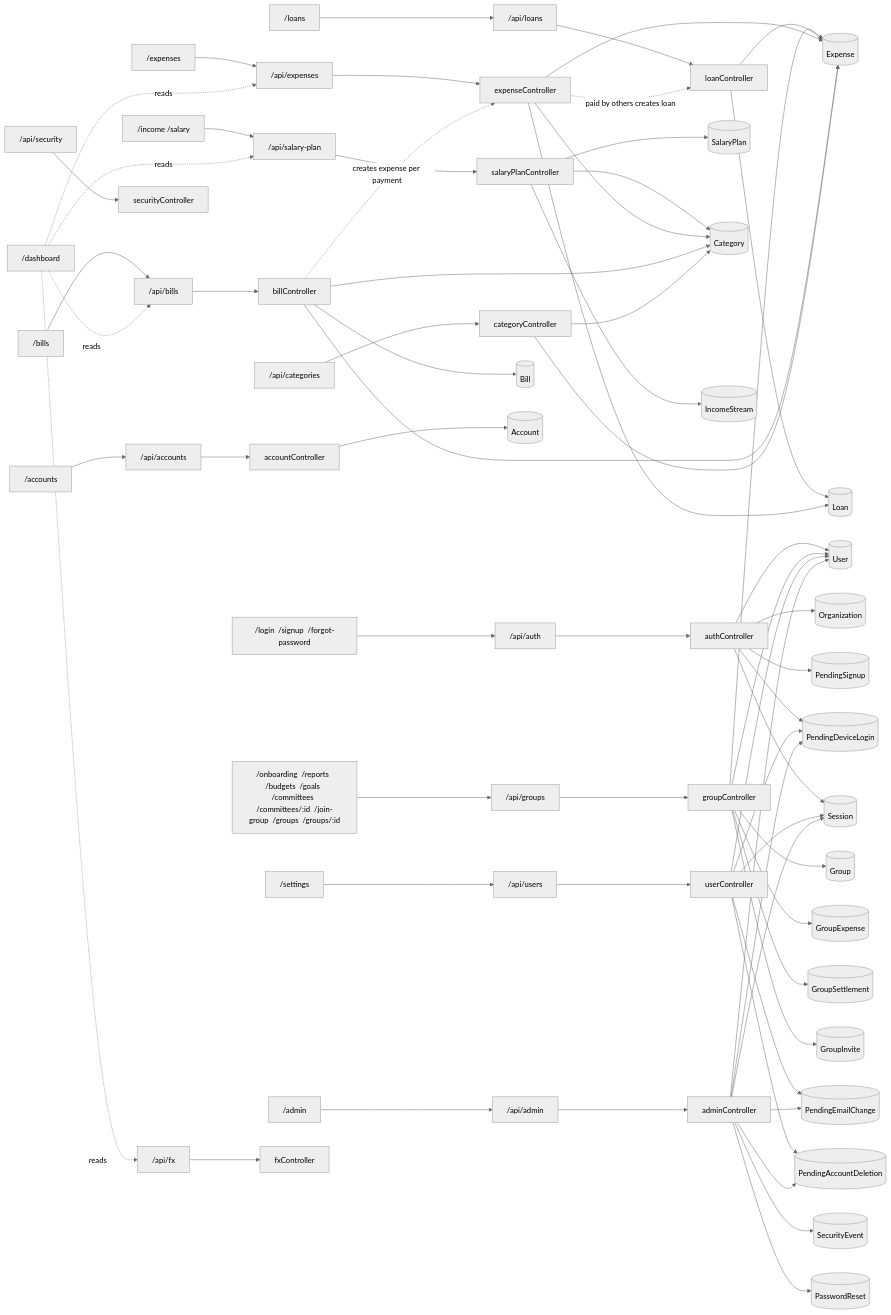
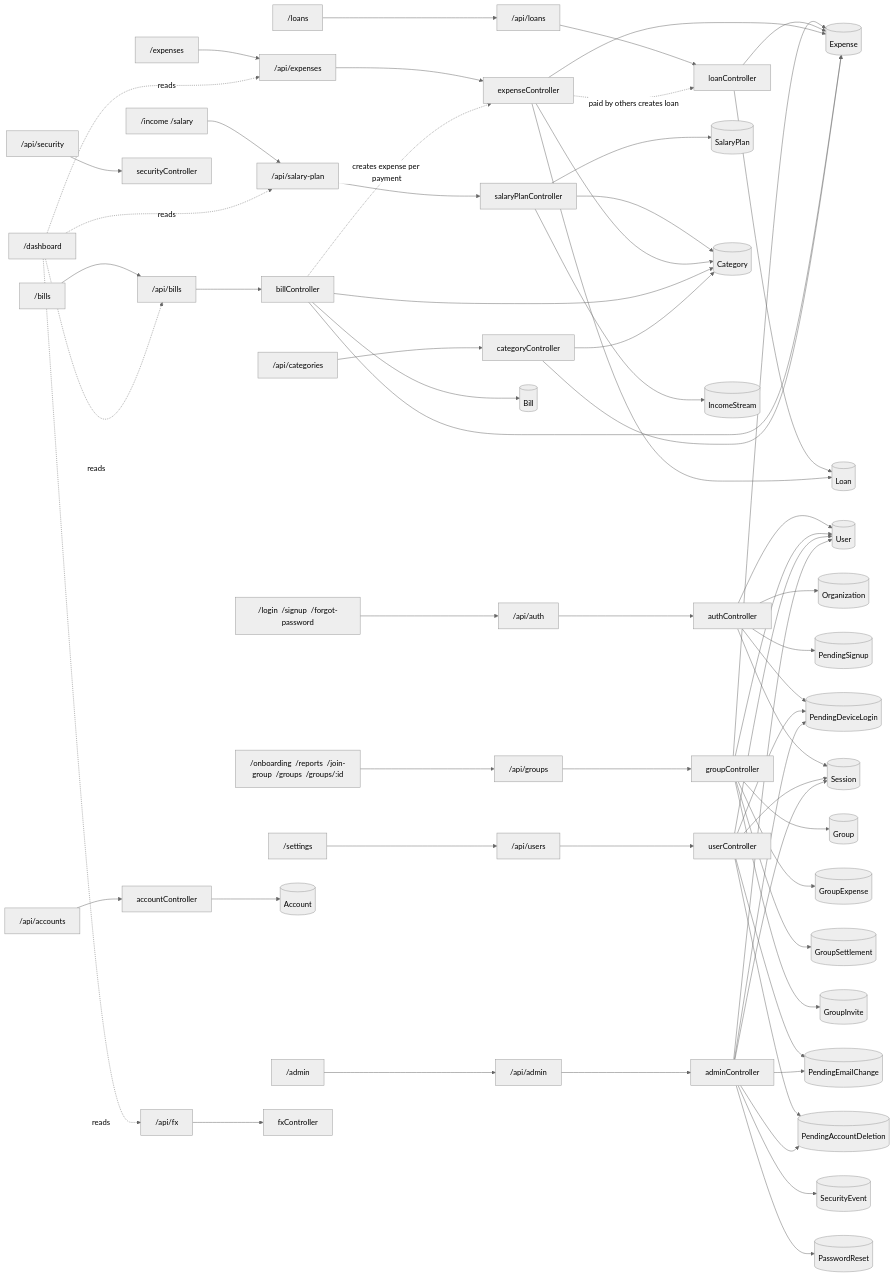
Before and after one commit to MuhammadAliMinhas66X/VaultriX: the second of 2 diagrams in docs/APP-MAP.md, drawn with Mermaid (neutral theme). The commit also changed other lines of this file and 2 other files, not shown here.

````diff
--- a/docs/APP-MAP.md
+++ b/docs/APP-MAP.md
@@ -21,71 +21,71 @@
 ```mermaid
 flowchart LR
   P_auth["/login  /signup  /forgot-password"] --> A_auth["/api/auth"]
   A_auth --> K_auth["authController"]
   K_auth --> M_User[("User")]
   K_auth --> M_Organization[("Organization")]
   K_auth --> M_PendingSignup[("PendingSignup")]
   K_auth --> M_PendingDeviceLogin[("PendingDeviceLogin")]
   K_auth --> M_Session[("Session")]
-  P_shared["/onboarding  /reports  /budgets  /goals  /committees  /committees/:id  /join-group  /groups  /groups/:id"] --> A_shared["/api/groups"]
+  P_shared["/onboarding  /reports  /join-group  /groups  /groups/:id"] --> A_shared["/api/groups"]
   A_shared --> K_shared["groupController"]
   K_shared --> M_Group[("Group")]
   K_shared --> M_GroupExpense[("GroupExpense")]
   K_shared --> M_GroupSettlement[("GroupSettlement")]
   K_shared --> M_GroupInvite[("GroupInvite")]
   K_shared --> M_User[("User")]
   K_shared --> M_Expense[("Expense")]
   P_dashboard["/dashboard"]
   P_income["/income  /salary"] --> A_income["/api/salary-plan"]
   A_income --> K_income["salaryPlanController"]
   K_income --> M_SalaryPlan[("SalaryPlan")]
   K_income --> M_Category[("Category")]
   K_income --> M_IncomeStream[("IncomeStream")]
   P_loans["/loans"] --> A_loans["/api/loans"]
   A_loans --> K_loans["loanController"]
   K_loans --> M_Loan[("Loan")]
   K_loans --> M_Expense[("Expense")]
   P_expenses["/expenses"] --> A_expenses["/api/expenses"]
   A_expenses --> K_expenses["expenseController"]
   K_expenses --> M_Expense[("Expense")]
   K_expenses --> M_Category[("Category")]
   K_expenses --> M_Loan[("Loan")]
   P_bills["/bills"] --> A_bills["/api/bills"]
   A_bills --> K_bills["billController"]
   K_bills --> M_Bill[("Bill")]
   K_bills --> M_Expense[("Expense")]
   K_bills --> M_Category[("Category")]
-  P_accounts["/accounts"] --> A_accounts["/api/accounts"]
-  A_accounts --> K_accounts["accountController"]
-  K_accounts --> M_Account[("Account")]
   P_settings["/settings"] --> A_settings["/api/users"]
   A_settings --> K_settings["userController"]
   K_settings --> M_User[("User")]
   K_settings --> M_Session[("Session")]
   K_settings --> M_PendingEmailChange[("PendingEmailChange")]
   K_settings --> M_PendingDeviceLogin[("PendingDeviceLogin")]
   K_settings --> M_PendingAccountDeletion[("PendingAccountDeletion")]
   P_admin["/admin"] --> A_admin["/api/admin"]
   A_admin --> K_admin["adminController"]
   K_admin --> M_User[("User")]
   K_admin --> M_Session[("Session")]
   K_admin --> M_SecurityEvent[("SecurityEvent")]
   K_admin --> M_PasswordReset[("PasswordReset")]
   K_admin --> M_PendingEmailChange[("PendingEmailChange")]
   K_admin --> M_PendingDeviceLogin[("PendingDeviceLogin")]
   K_admin --> M_PendingAccountDeletion[("PendingAccountDeletion")]
   A_security["/api/security"]
   A_security --> K_security["securityController"]
+  A_accounts["/api/accounts"]
+  A_accounts --> K_accounts["accountController"]
+  K_accounts --> M_Account[("Account")]
   A_categories["/api/categories"]
   A_categories --> K_categories["categoryController"]
   K_categories --> M_Category[("Category")]
   K_categories --> M_Expense[("Expense")]
   A_rates["/api/fx"]
   A_rates --> K_rates["fxController"]
   P_dashboard -. reads .-> A_income
   P_dashboard -. reads .-> A_expenses
   P_dashboard -. reads .-> A_bills
   P_dashboard -. reads .-> A_rates
   K_bills -. creates expense per payment .-> K_expenses
   K_expenses -. paid by others creates loan .-> K_loans
 ```
````
